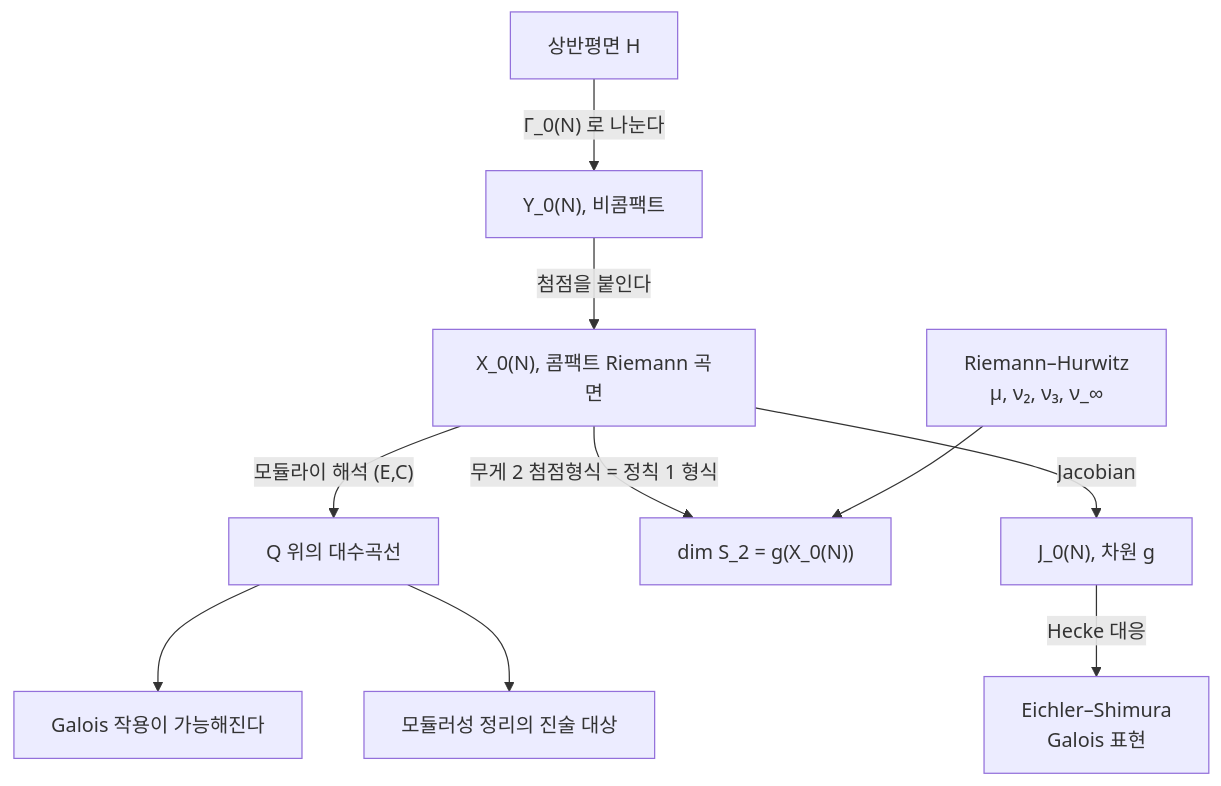
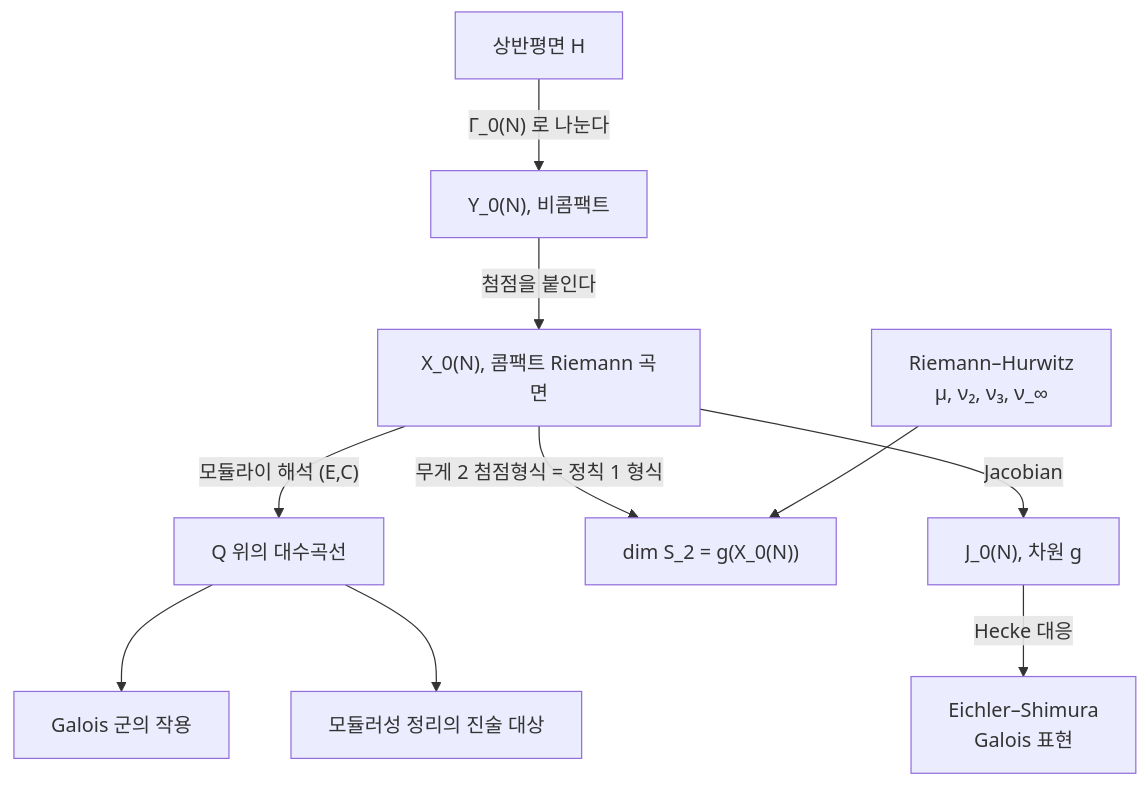
One commit to Phryxia/math-map changed the diagram in docs/modular-curves.md. Above: the diagram before and after it, drawn with Mermaid.

Commit message:
name the modular-curves node after the object it stands for instead of a sentence
Claude-Session: https://claude.ai/code/session_01UhADMt4KPiVUWGAQcHXZqf

````diff
--- a/docs/modular-curves.md
+++ b/docs/modular-curves.md
@@ -57,12 +57,12 @@
 ```mermaid
 graph TD
   H["상반평면 H"] -->|"Γ_0(N) 로 나눈다"| Y["Y_0(N), 비콤팩트"]
   Y -->|"첨점을 붙인다"| X["X_0(N), 콤팩트 Riemann 곡면"]
   X -->|"모듈라이 해석 (E,C)"| Q["Q 위의 대수곡선"]
-  Q --> GAL["Galois 작용이 가능해진다"]
+  Q --> GAL["Galois 군의 작용"]
   X -->|"무게 2 첨점형식 = 정칙 1 형식"| G["dim S_2 = g(X_0(N))"]
   RH["Riemann–Hurwitz<br/>μ, ν₂, ν₃, ν_∞"] --> G
   X -->|"Jacobian"| J["J_0(N), 차원 g"]
   J -->|"Hecke 대응"| EI["Eichler–Shimura<br/>Galois 표현"]
   Q --> MOD["모듈러성 정리의 진술 대상"]
 ```
````
